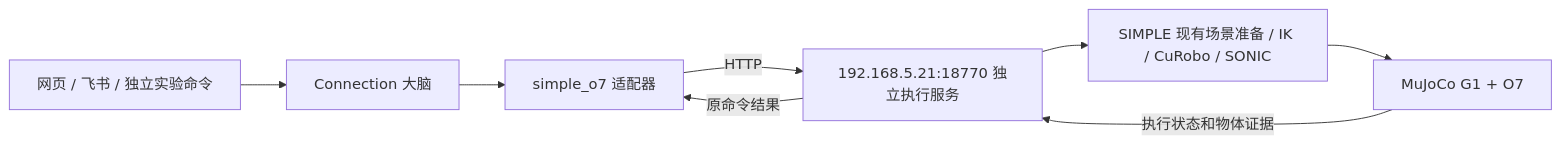
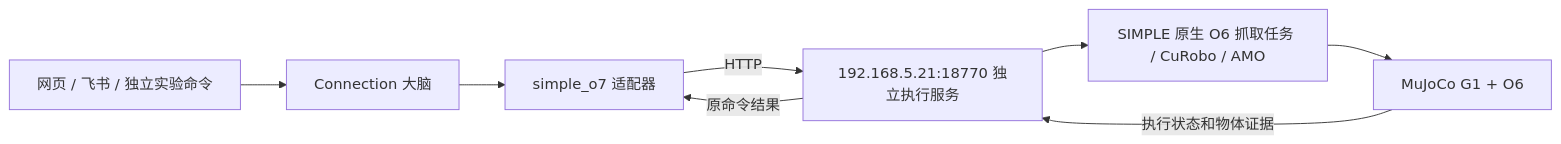
Before and after one commit to ForgeAI-Robotics/Connection: the diagram in docs/联调说明_SIMPLE_O7仿真.md, drawn with Mermaid. The commit also changed other lines of this file and 46 other files, not shown here.

````diff
--- a/docs/联调说明_SIMPLE_O7仿真.md
+++ b/docs/联调说明_SIMPLE_O7仿真.md
@@ -10,10 +11,10 @@
 ```mermaid
 flowchart LR
     A[网页 / 飞书 / 独立实验命令] --> B[Connection 大脑]
     B --> C[simple_o7 适配器]
     C -->|HTTP| D[192.168.5.21:18770 独立执行服务]
-    D --> E[SIMPLE 现有场景准备 / IK / CuRobo / SONIC]
-    E --> F[MuJoCo G1 + O7]
+    D --> E[SIMPLE 原生 O6 抓取任务 / CuRobo / AMO]
+    E --> F[MuJoCo G1 + O6]
     F -->|执行状态和物体证据| D
     D -->|原命令结果| C
 ```
````
